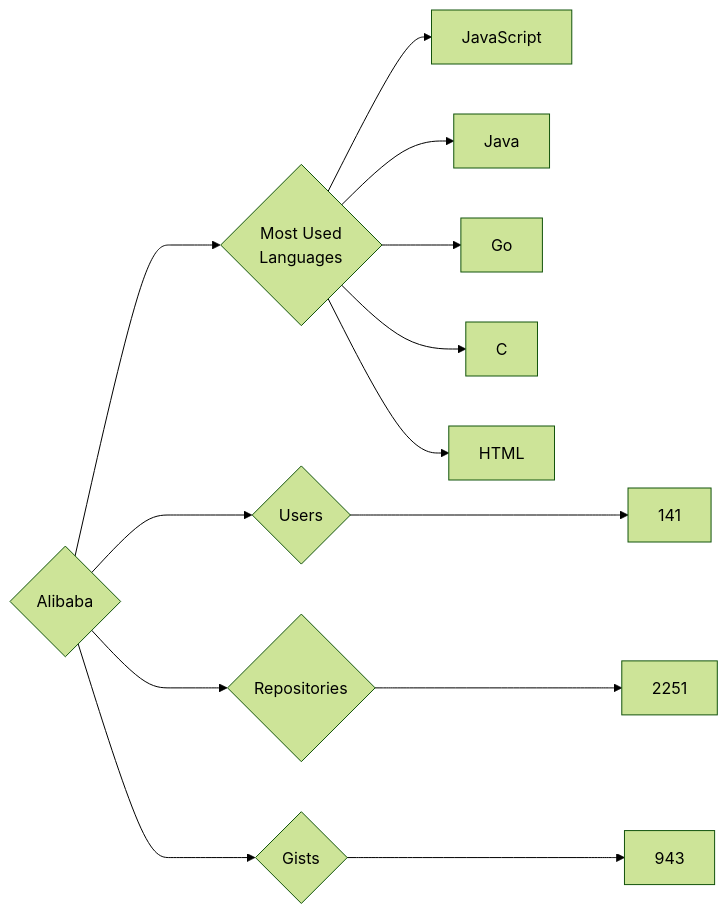
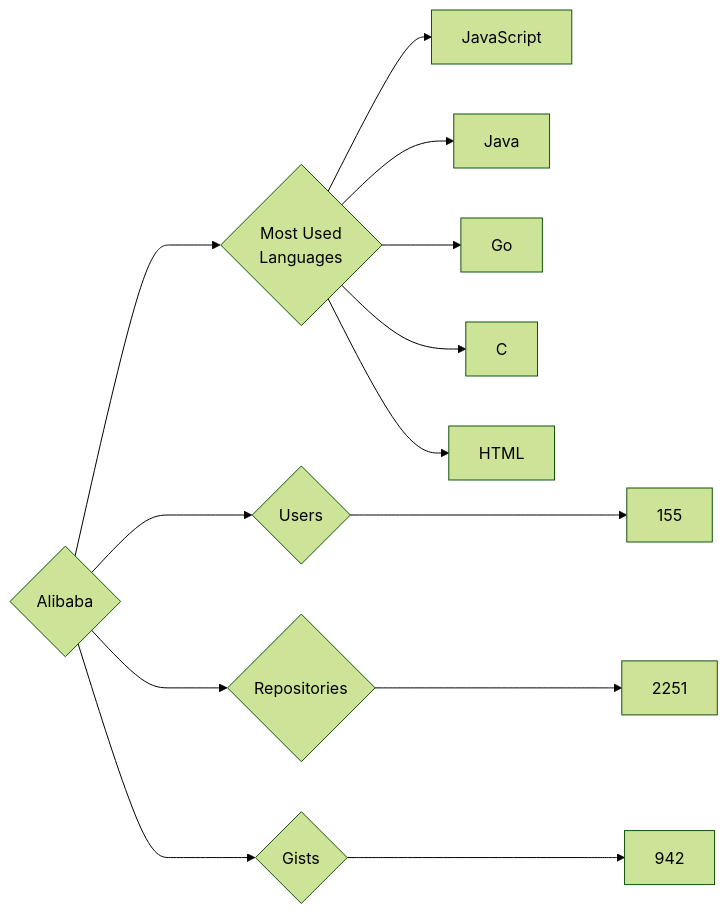
The diagram in targets/Alibaba/README.md (trickest/insiders), drawn with Mermaid (forest theme) before and after one commit. The commit also changed 1314 other files, not shown here.

````diff
--- a/targets/Alibaba/README.md
+++ b/targets/Alibaba/README.md
@@ -3,13 +3,13 @@
 ```mermaid
 graph LR
 COMPANY_NAME{Alibaba}
-COMPANY_NAME ---> U{Users} ---> UN[141]
+COMPANY_NAME ---> U{Users} ---> UN[155]
 COMPANY_NAME ---> R{Repositories} ---> RN[2251]
-COMPANY_NAME ---> G{Gists} ---> GN[943]
+COMPANY_NAME ---> G{Gists} ---> GN[942]
 COMPANY_NAME ---> ML{Most Used<br>Languages}
 ML --> JavaScript[JavaScript]
 ML --> Java[Java]
 ML --> Go[Go]
 ML --> C[C]
 ML --> HTML[HTML]
 ```
````
